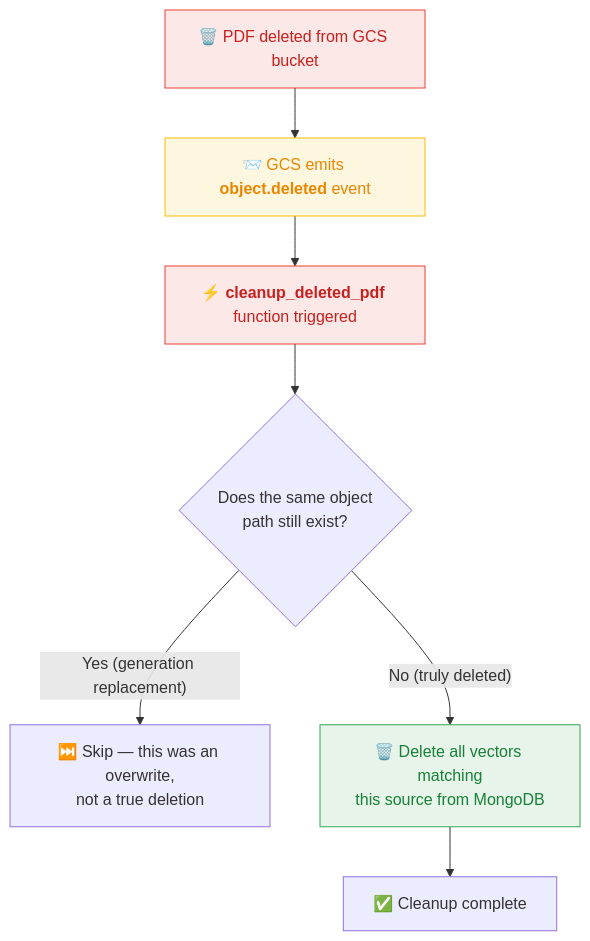
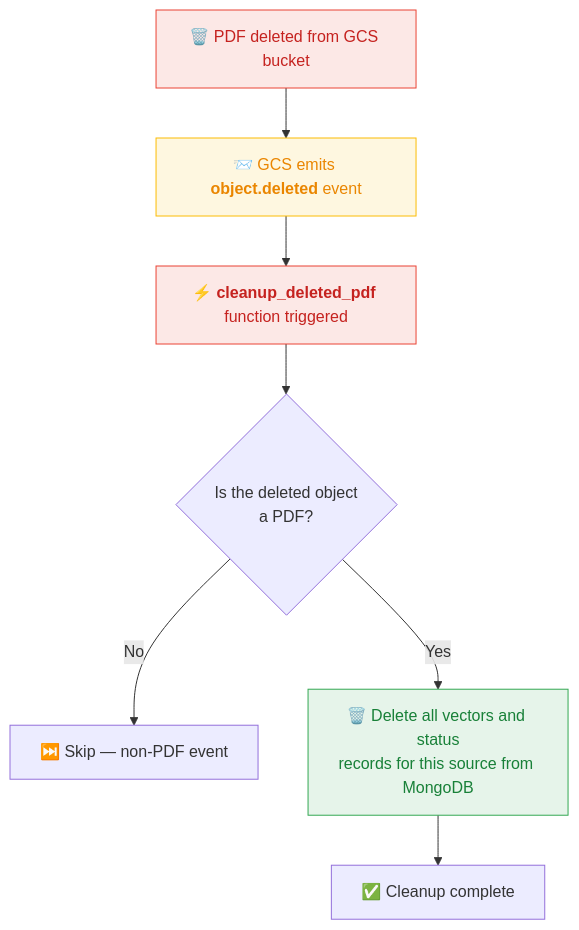
One commit to DanielMortada/cloud-computing-project changed the third of 3 diagrams in cloud_function/README.md. Above: the diagram before and after it, drawn with Mermaid. The commit also changed other lines of this file and 3 other files, not shown here.

````diff
--- a/cloud_function/README.md
+++ b/cloud_function/README.md
@@ -201,19 +201,19 @@
 ```mermaid
 flowchart TD
     A["🗑️ PDF deleted from GCS bucket"]
     B["📨 GCS emits <b>object.deleted</b> event"]
     C["⚡ <b>cleanup_deleted_pdf</b> function triggered"]
-    D{"Does the same object<br/>path still exist?"}
-    E["⏭️ Skip — this was an overwrite,<br/>not a true deletion"]
-    F["🗑️ Delete all vectors matching<br/>this source from MongoDB"]
+    D{"Is the deleted object<br/>a PDF?"}
+    E["⏭️ Skip — non-PDF event"]
+    F["🗑️ Delete all vectors and status<br/>records for this source from MongoDB"]
     G["✅ Cleanup complete"]
 
     A --> B --> C --> D
-    D -->|"Yes (generation replacement)"| E
-    D -->|"No (truly deleted)"| F --> G
+    D -->|"No"| E
+    D -->|"Yes"| F --> G
 
     style A fill:#FCE8E6,stroke:#EA4335,color:#C5221F
     style B fill:#FEF7E0,stroke:#FBBC05,color:#EA8600
     style C fill:#FCE8E6,stroke:#EA4335,color:#C5221F
     style F fill:#E6F4EA,stroke:#34A853,color:#188038
 ```
````
